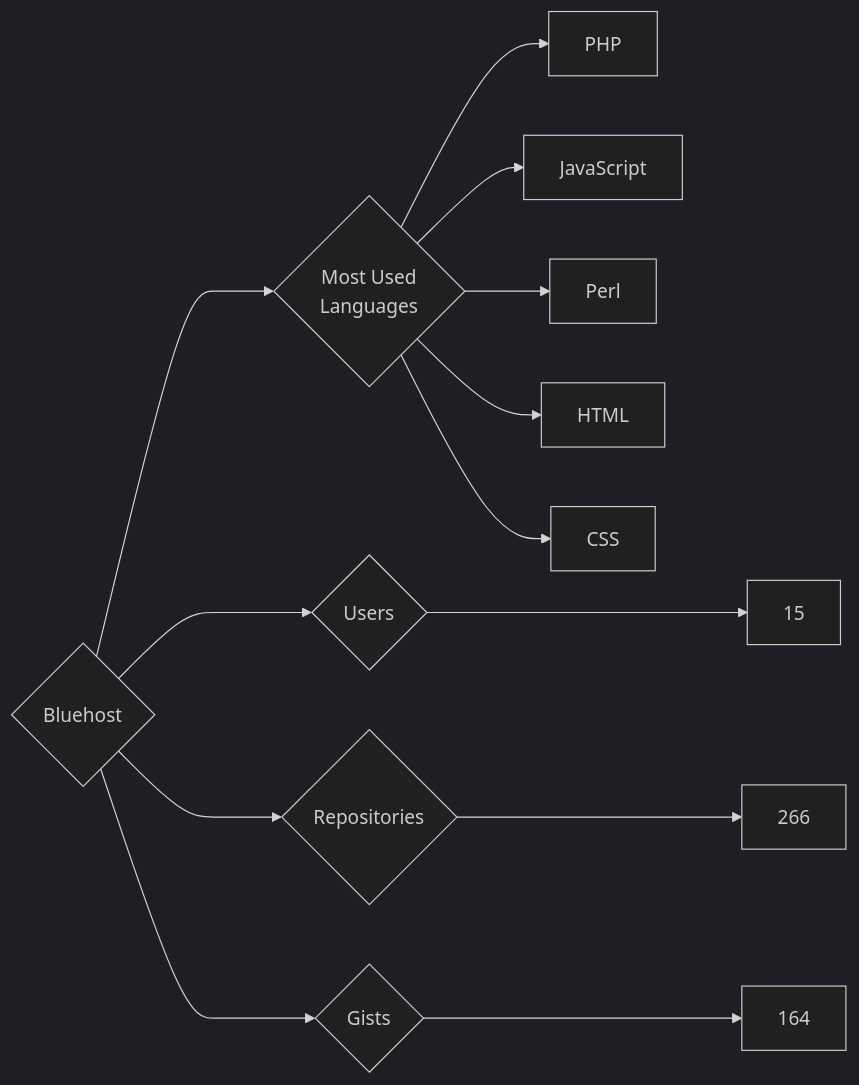
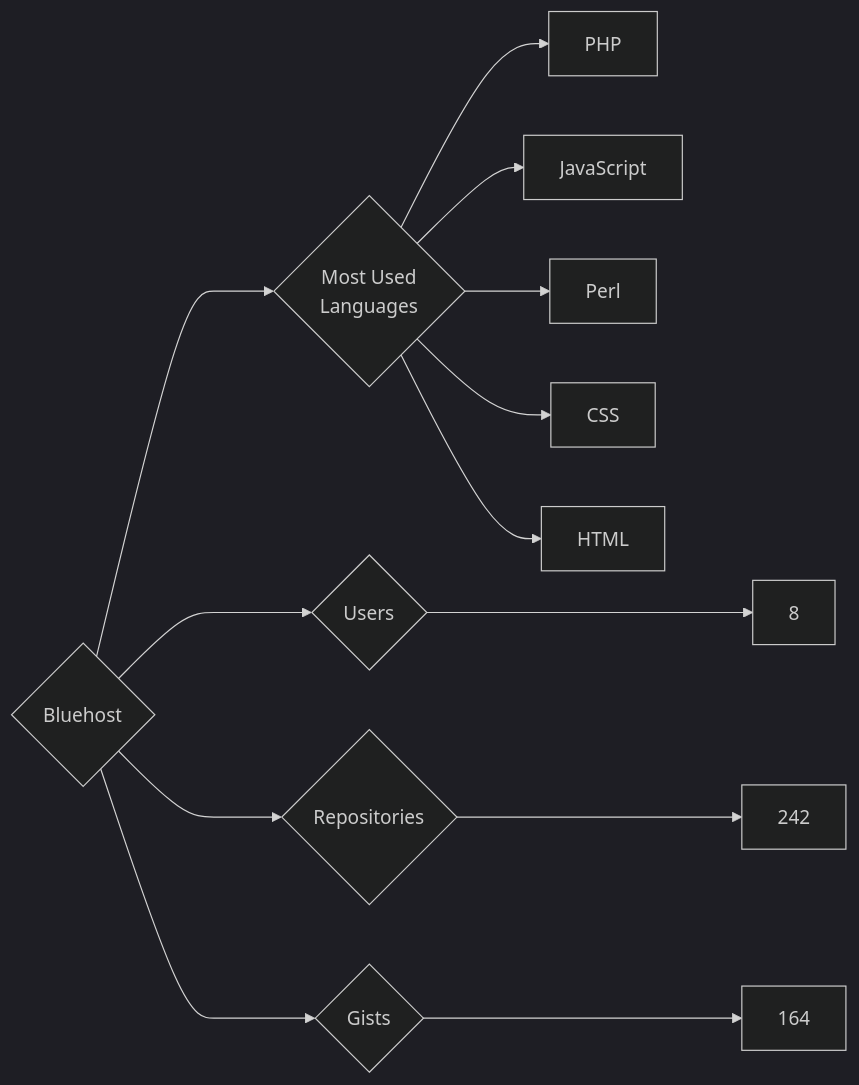
Before and after one commit to trickest/insiders: the diagram in targets/Bluehost/README.md, drawn with Mermaid (dark theme). The commit also changed 860 other files, not shown here.

````diff
--- a/targets/Bluehost/README.md
+++ b/targets/Bluehost/README.md
@@ -3,13 +3,13 @@
 ```mermaid
 graph LR
 COMPANY_NAME{Bluehost}
-COMPANY_NAME ---> U{Users} ---> UN[15]
-COMPANY_NAME ---> R{Repositories} ---> RN[266]
+COMPANY_NAME ---> U{Users} ---> UN[8]
+COMPANY_NAME ---> R{Repositories} ---> RN[242]
 COMPANY_NAME ---> G{Gists} ---> GN[164]
 COMPANY_NAME ---> ML{Most Used<br>Languages}
 ML --> PHP[PHP]
 ML --> JavaScript[JavaScript]
 ML --> Perl[Perl]
+ML --> CSS[CSS]
 ML --> HTML[HTML]
-ML --> CSS[CSS]
 ```
````
